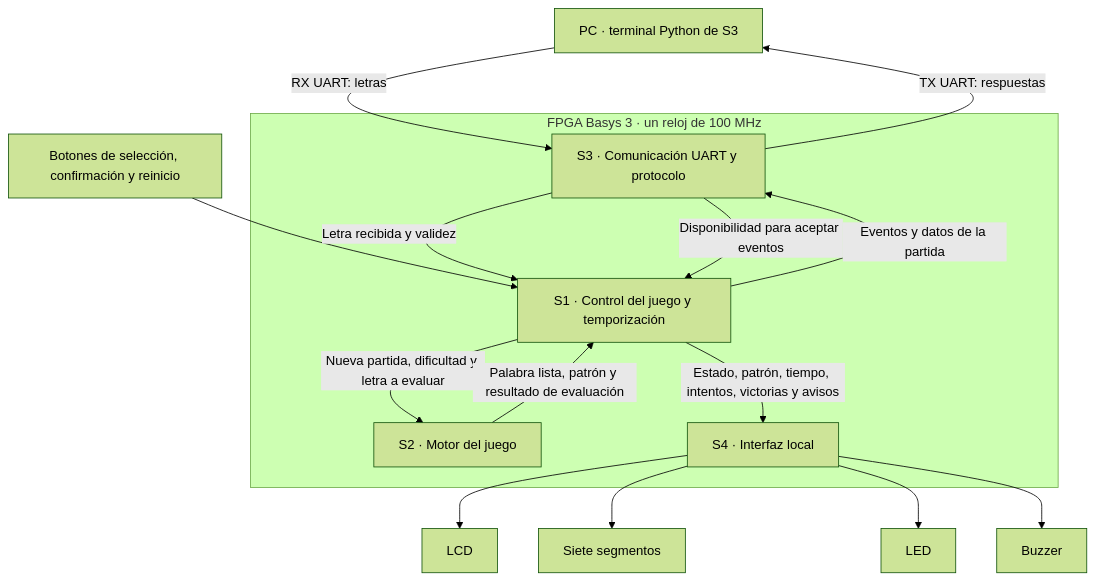
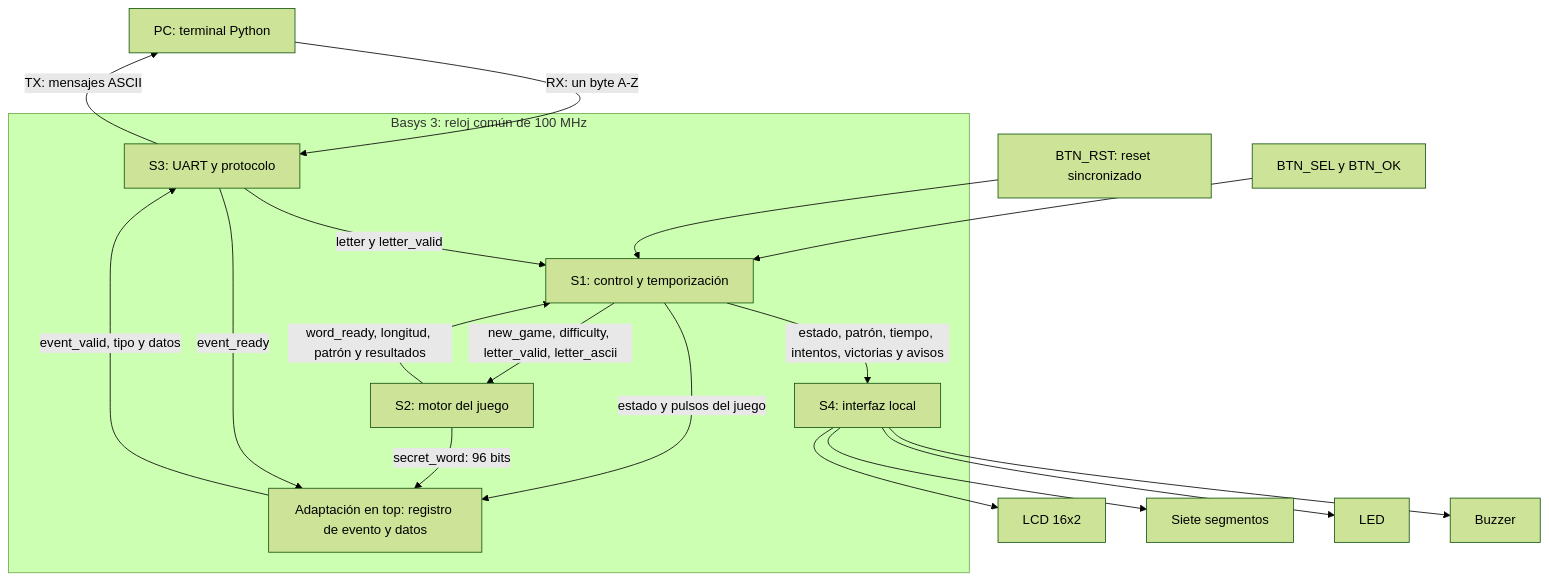
One commit to aguilar697/Taller-Diseno-de-Sistemas-Digitales changed the diagram in Proyecto2_Ahorcado/docs/diseno/nivel_2.md. Above: the diagram before and after it, drawn with Mermaid (forest theme). The commit also changed other lines of this file and 44 other files, not shown here.

````diff
--- a/Proyecto2_Ahorcado/docs/diseno/nivel_2.md
+++ b/Proyecto2_Ahorcado/docs/diseno/nivel_2.md
@@ -11,22 +7,26 @@
 ```mermaid
 flowchart TB
-    PC["PC · terminal Python de S3"] -->|"RX UART: letras"| U
-    U -->|"TX UART: respuestas"| PC
-    BTN["Botones de selección, confirmación y reinicio"] --> C
-    subgraph FPGA["FPGA Basys 3 · un reloj de 100 MHz"]
-        U["S3 · Comunicación UART y protocolo"]
-        C["S1 · Control del juego y temporización"]
-        M["S2 · Motor del juego"]
-        I["S4 · Interfaz local"]
-        U -->|"Letra recibida y validez"| C
-        C -->|"Eventos y datos de la partida"| U
-        U -->|"Disponibilidad para aceptar eventos"| C
-        C -->|"Nueva partida, dificultad y letra a evaluar"| M
-        M -->|"Palabra lista, patrón y resultado de evaluación"| C
-        C -->|"Estado, patrón, tiempo, intentos, victorias y avisos"| I
+    PC["PC: terminal Python"] -->|"RX: un byte A-Z"| U
+    U -->|"TX: mensajes ASCII"| PC
+    BTN["BTN_SEL y BTN_OK"] --> C
+    R["BTN_RST: reset sincronizado"] --> C
+    subgraph FPGA["Basys 3: reloj común de 100 MHz"]
+        C["S1: control y temporización"]
+        M["S2: motor del juego"]
+        U["S3: UART y protocolo"]
+        I["S4: interfaz local"]
+        A["Adaptación en top: registro de evento y datos"]
+        U -->|"letter y letter_valid"| C
+        C -->|"new_game, difficulty, letter_valid, letter_ascii"| M
+        M -->|"word_ready, longitud, patrón y resultados"| C
+        C -->|"estado y pulsos del juego"| A
+        M -->|"secret_word: 96 bits"| A
+        A -->|"event_valid, tipo y datos"| U
+        U -->|"event_ready"| A
+        C -->|"estado, patrón, tiempo, intentos, victorias y avisos"| I
     end
-    I --> LCD["LCD"]
+    I --> LCD["LCD 16x2"]
     I --> SEG["Siete segmentos"]
     I --> LED["LED"]
     I --> BZ["Buzzer"]
 ```
````
